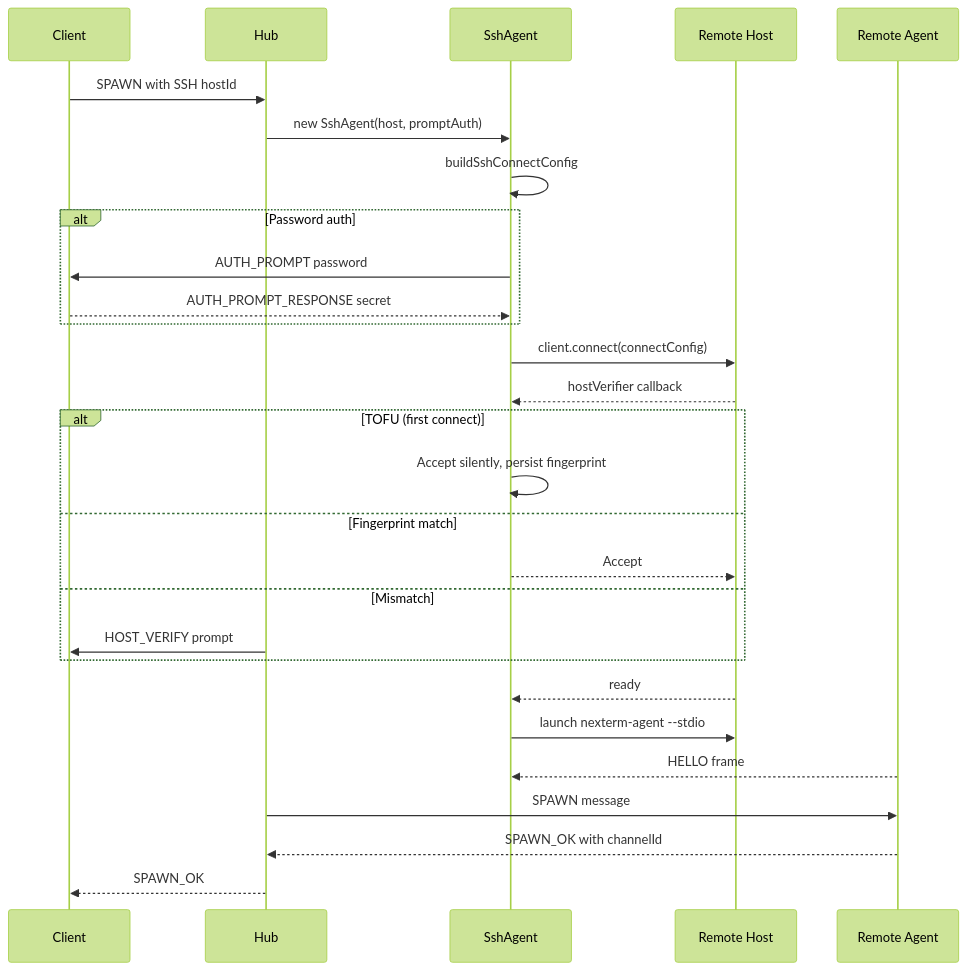
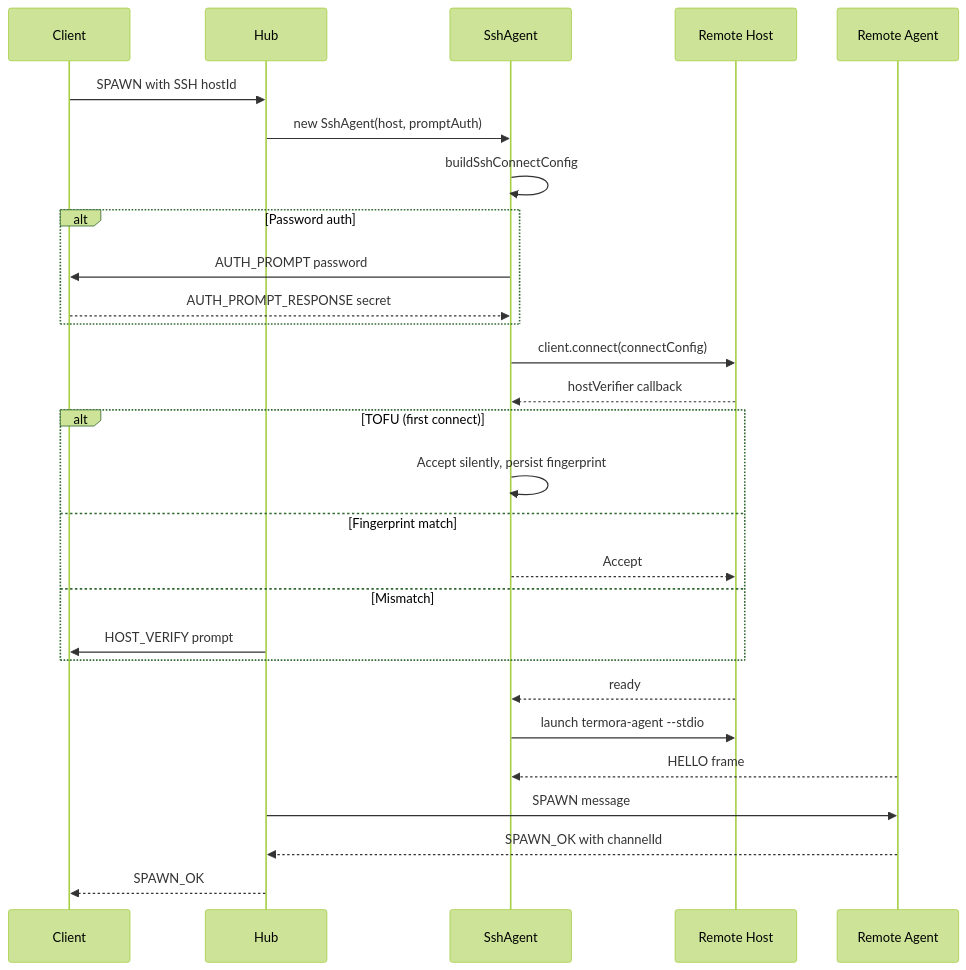
Before and after one commit to khiops/termora: the fifth of 9 diagrams in docs/reports/ARCH_SEC_AUDIT.md, drawn with Mermaid (forest theme). The commit also changed other lines of this file and 295 other files, not shown here.

First line of the commit message:
refactor(root): rename project nexterm → termora

````diff
--- a/docs/reports/ARCH_SEC_AUDIT.md
+++ b/docs/reports/ARCH_SEC_AUDIT.md
@@ -270,31 +270,31 @@
 ```mermaid
 sequenceDiagram
     participant C as Client
     participant H as Hub
     participant SA as SshAgent
     participant RH as Remote Host
     participant RA as Remote Agent
 
     C->>H: SPAWN with SSH hostId
     H->>SA: new SshAgent(host, promptAuth)
     SA->>SA: buildSshConnectConfig
     alt Password auth
         SA->>C: AUTH_PROMPT password
         C-->>SA: AUTH_PROMPT_RESPONSE secret
     end
     SA->>RH: client.connect(connectConfig)
     RH-->>SA: hostVerifier callback
     alt TOFU (first connect)
         SA->>SA: Accept silently, persist fingerprint
     else Fingerprint match
         SA-->>RH: Accept
     else Mismatch
         H->>C: HOST_VERIFY prompt
     end
     RH-->>SA: ready
-    SA->>RH: launch nexterm-agent --stdio
+    SA->>RH: launch termora-agent --stdio
     RA-->>SA: HELLO frame
     H->>RA: SPAWN message
     RA-->>H: SPAWN_OK with channelId
     H-->>C: SPAWN_OK
 ```
````
